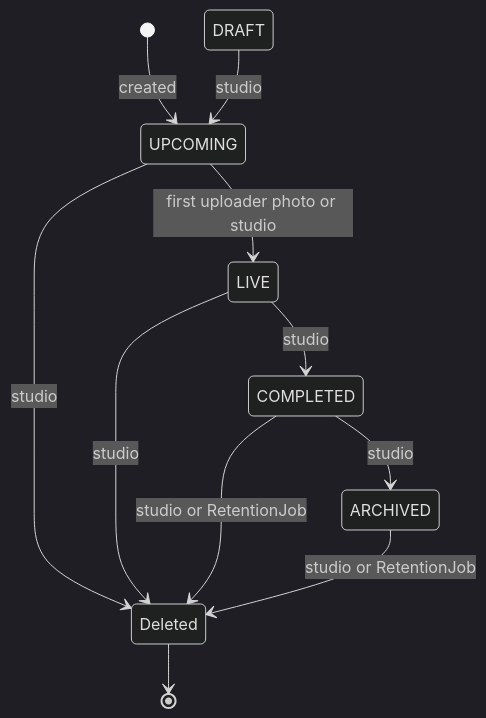
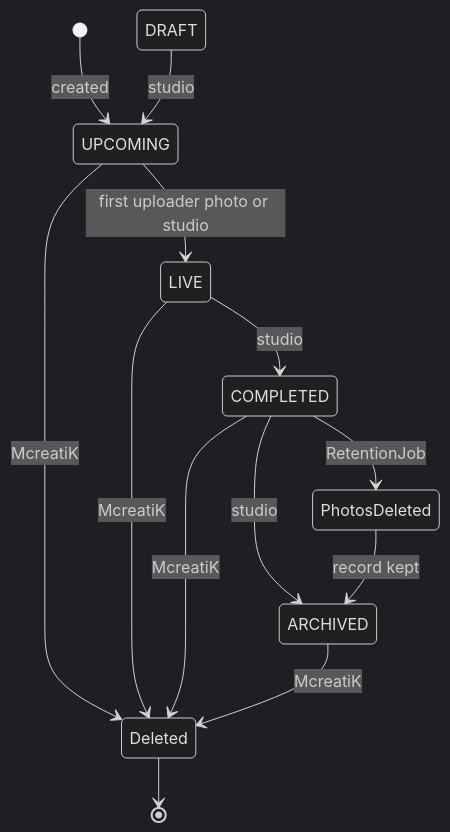
Before and after one commit to MugundhanG/mcreatik-instant-memories: the sixth of 6 diagrams in backend/src/main/resources/docs/journeys.md, drawn with Mermaid (dark theme). The commit also changed other lines of this file and 30 other files, not shown here.

````diff
--- a/backend/src/main/resources/docs/journeys.md
+++ b/backend/src/main/resources/docs/journeys.md
@@ -131,13 +131,15 @@
 ```mermaid
 stateDiagram-v2
   [*] --> UPCOMING: created
   DRAFT --> UPCOMING: studio
   UPCOMING --> LIVE: first uploader photo or studio
   LIVE --> COMPLETED: studio
   COMPLETED --> ARCHIVED: studio
-  UPCOMING --> Deleted: studio
-  LIVE --> Deleted: studio
-  COMPLETED --> Deleted: studio or RetentionJob
-  ARCHIVED --> Deleted: studio or RetentionJob
+  UPCOMING --> Deleted: McreatiK
+  LIVE --> Deleted: McreatiK
+  COMPLETED --> Deleted: McreatiK
+  ARCHIVED --> Deleted: McreatiK
+  COMPLETED --> PhotosDeleted: RetentionJob
+  PhotosDeleted --> ARCHIVED: record kept
   Deleted --> [*]
 ```
````
